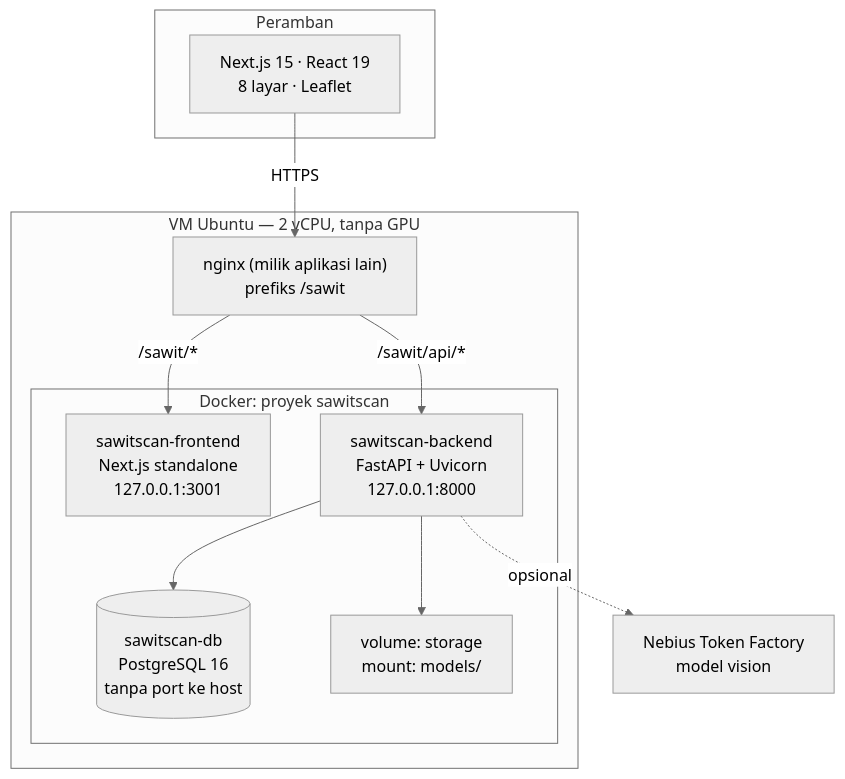
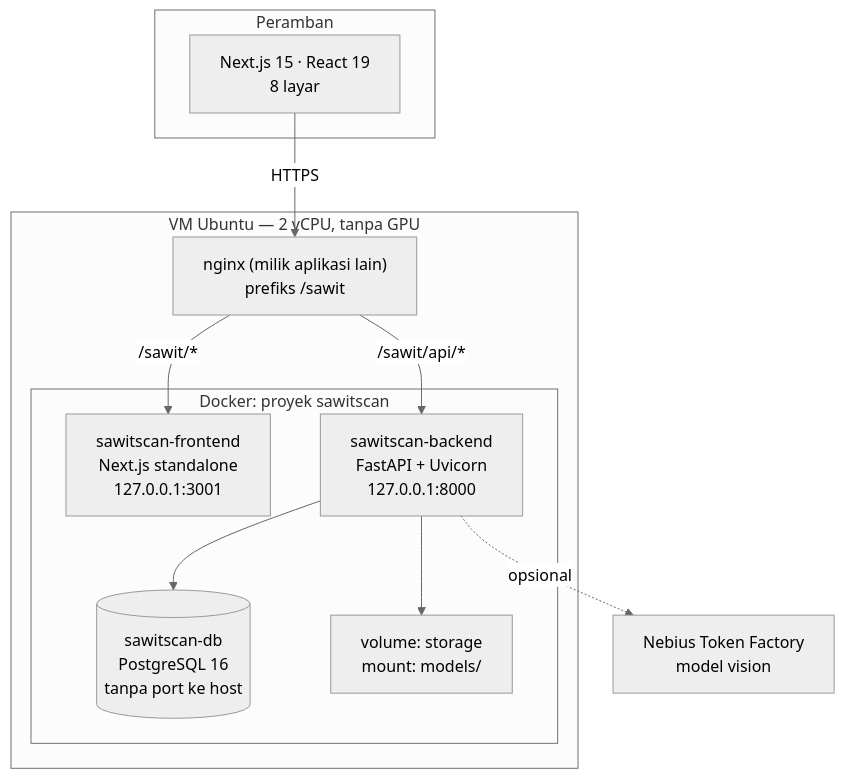
Before and after one commit to bagussundaru/sawitlinda: the first of 7 diagrams in docs/ARSITEKTUR.md, drawn with Mermaid (neutral theme). The commit also changed other lines of this file and 29 other files, not shown here.

````diff
--- a/docs/ARSITEKTUR.md
+++ b/docs/ARSITEKTUR.md
@@ -40,26 +38,26 @@
 ```mermaid
 flowchart TB
     subgraph klien["Peramban"]
-        UI["Next.js 15 · React 19<br/>8 layar · Leaflet"]
+        UI["Next.js 15 · React 19<br/>8 layar"]
     end
 
     subgraph vm["VM Ubuntu — 2 vCPU, tanpa GPU"]
         NGINX["nginx (milik aplikasi lain)<br/>prefiks /sawit"]
 
         subgraph stack["Docker: proyek sawitscan"]
             FE["sawitscan-frontend<br/>Next.js standalone<br/>127.0.0.1:3001"]
             BE["sawitscan-backend<br/>FastAPI + Uvicorn<br/>127.0.0.1:8000"]
             DB[("sawitscan-db<br/>PostgreSQL 16<br/>tanpa port ke host")]
             VOL["volume: storage<br/>mount: models/"]
         end
     end
 
     NEB["Nebius Token Factory<br/>model vision"]
 
     UI -->|HTTPS| NGINX
     NGINX -->|"/sawit/api/*"| BE
     NGINX -->|"/sawit/*"| FE
     BE --> DB
     BE --> VOL
     BE -.->|opsional| NEB
 ```
````
